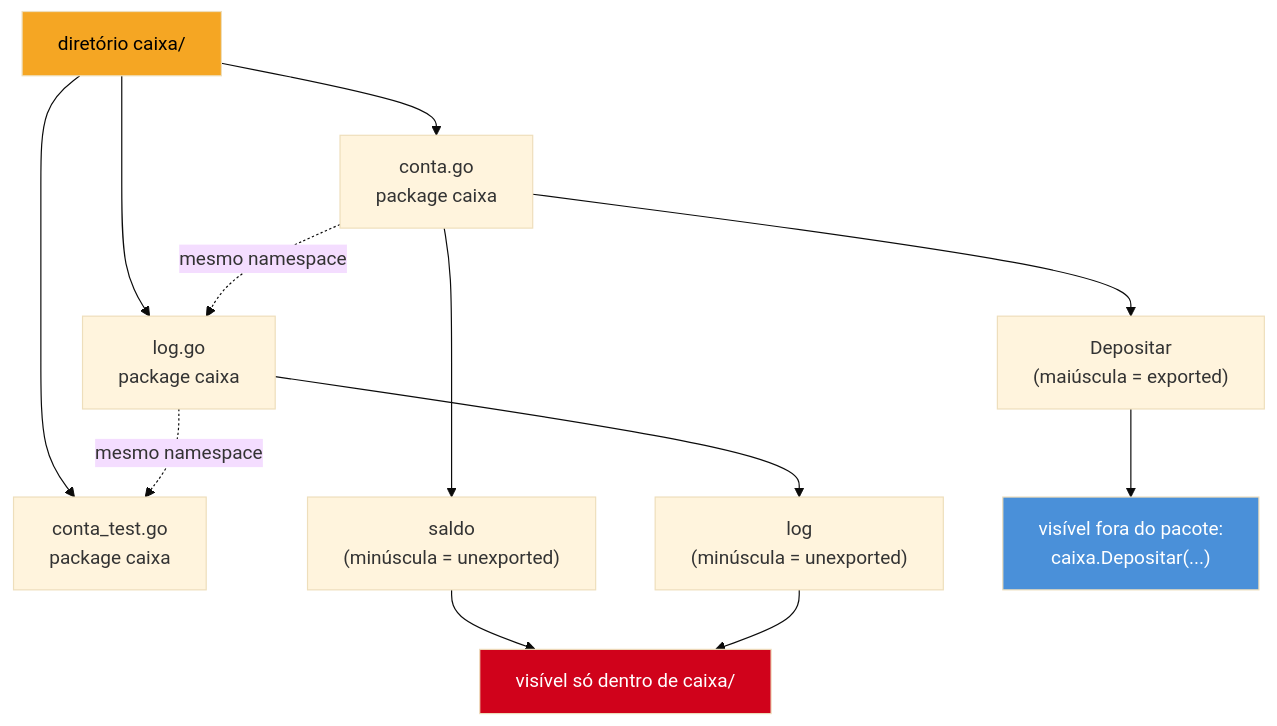
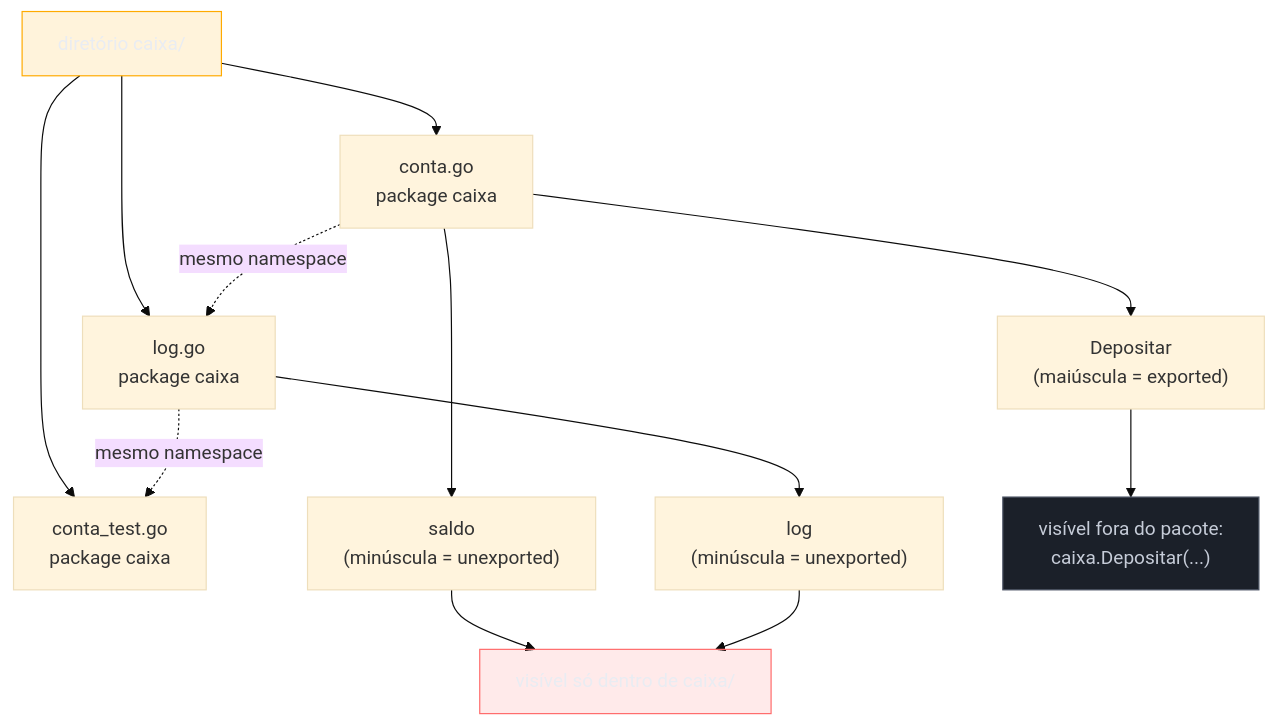
Before and after one commit to josenaldo/codex-technomanticus: the first of 2 diagrams in 03-Dominios/Tecnologia/Go/01 - Fundamentos e sintaxe/05 - Pacotes, imports e visibilidade.md, drawn with Mermaid (base theme). The commit also changed other lines of this file and 1181 other files, not shown here.

First line of the commit message:
fix(diagramas): paleta do sistema no lugar de cor cravada no markdown

````diff
--- a/03-Dominios/Tecnologia/Go/01 - Fundamentos e sintaxe/05 - Pacotes, imports e visibilidade.md
+++ b/03-Dominios/Tecnologia/Go/01 - Fundamentos e sintaxe/05 - Pacotes, imports e visibilidade.md
@@ -69,21 +69,24 @@
 ```mermaid
 flowchart TD
+    classDef neutro fill:#1B2029,stroke:#4E5666,color:#C6CCD8
+    classDef falha fill:#FF6B6B24,stroke:#FF6B6B,color:#E9ECF2
+    classDef destaque fill:#FFAA0024,stroke:#FFAA00,color:#E9ECF2
     D["diretório caixa/"] --> A["conta.go<br/>package caixa"]
     D --> B["log.go<br/>package caixa"]
     D --> C["conta_test.go<br/>package caixa"]
 
     A -.mesmo namespace.-> B
     B -.mesmo namespace.-> C
 
     A --> E["Depositar<br/>(maiúscula = exported)"]
     A --> F["saldo<br/>(minúscula = unexported)"]
     B --> G["log<br/>(minúscula = unexported)"]
 
     E --> H["visível fora do pacote:<br/>caixa.Depositar(...)"]
     F --> I["visível só dentro de caixa/"]
     G --> I
 
-    style H fill:#4A90D9,color:#fff
-    style I fill:#D0021B,color:#fff
-    style D fill:#F5A623,color:#000
+    class H neutro
+    class I falha
+    class D destaque
 ```
````
